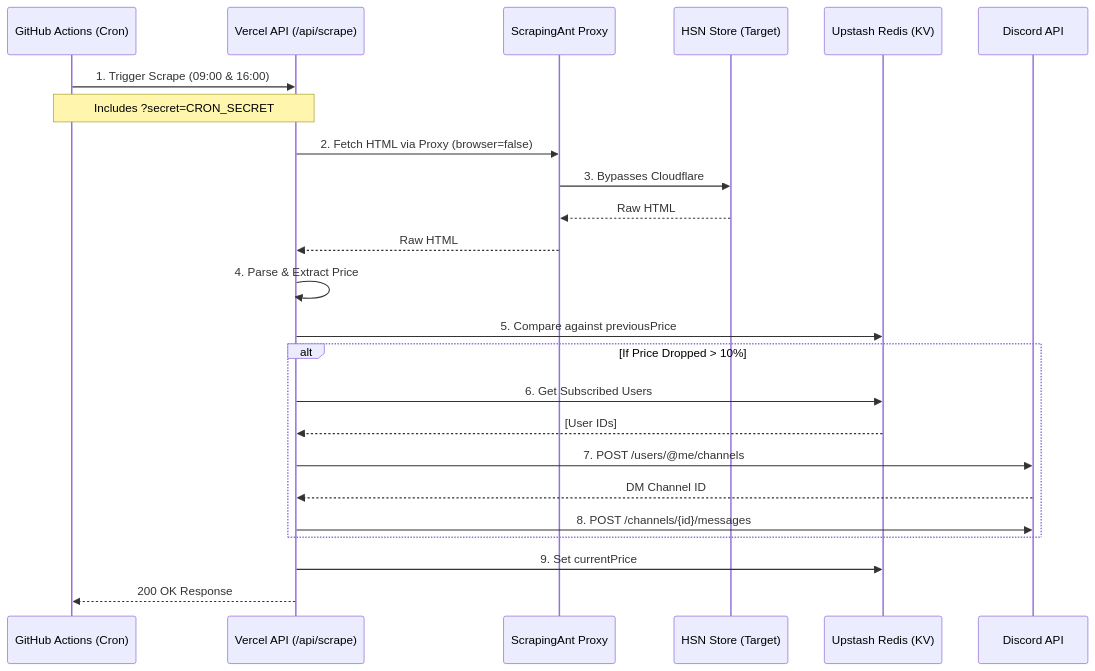
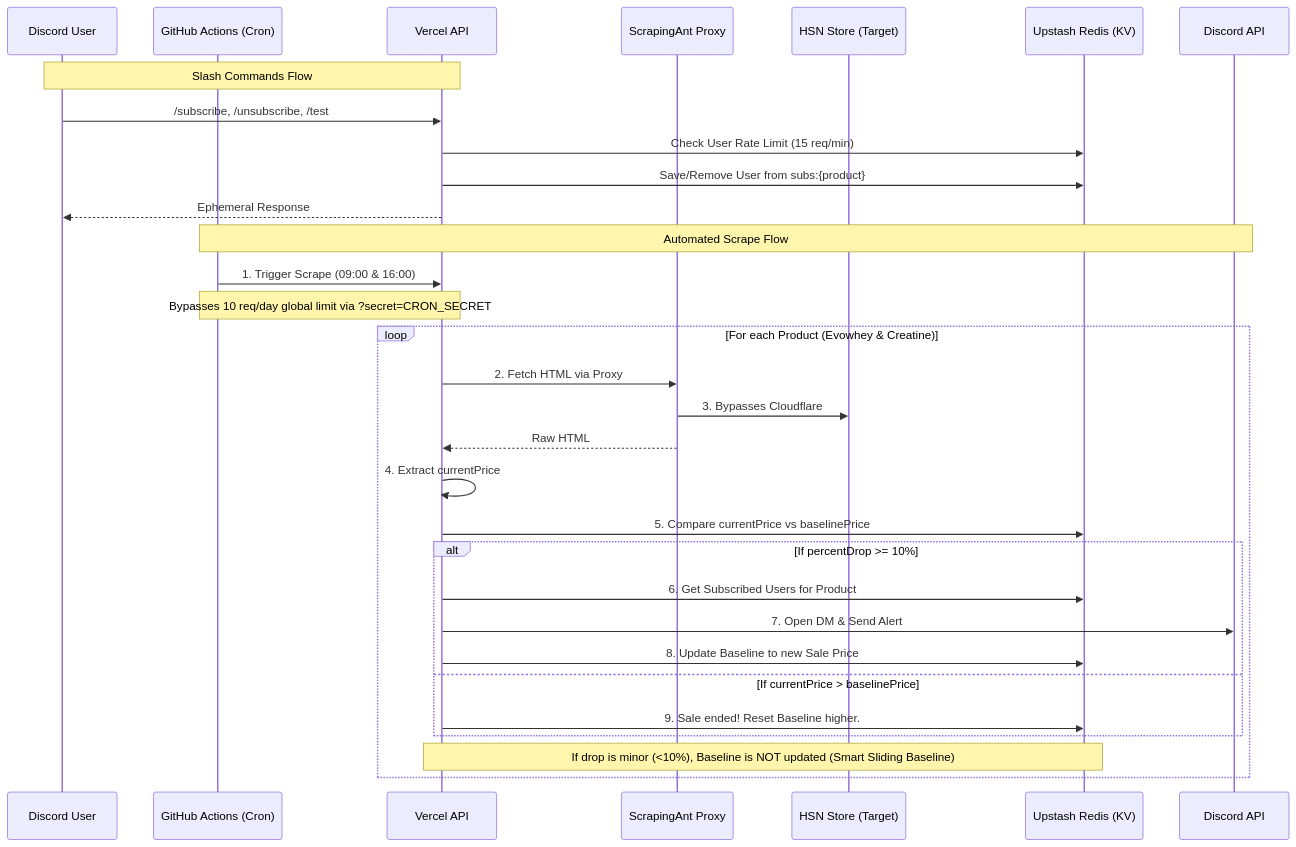
Before and after one commit to JoaoCodificacoes/hsn-scraper: the diagram in README.md, drawn with Mermaid. The commit also changed other lines of this file, not shown here.

Commit message:
docs: Update README with new architecture flow and features

````diff
--- a/README.md
+++ b/README.md
@@ -9,31 +9,38 @@
 ```mermaid
 sequenceDiagram
+    participant User as Discord User
     participant GitHub as GitHub Actions (Cron)
-    participant Vercel as Vercel API (/api/scrape)
+    participant Vercel as Vercel API
     participant Scraper as ScrapingAnt Proxy
     participant HSN as HSN Store (Target)
     participant Redis as Upstash Redis (KV)
     participant Discord as Discord API
 
+    Note over User,Vercel: Slash Commands Flow
+    User->>Vercel: /subscribe, /unsubscribe, /test
+    Vercel->>Redis: Check User Rate Limit (15 req/min)
+    Vercel->>Redis: Save/Remove User from subs:{product}
+    Vercel-->>User: Ephemeral Response
+    
+    Note over GitHub,Discord: Automated Scrape Flow
     GitHub->>Vercel: 1. Trigger Scrape (09:00 & 16:00)
-    Note over GitHub,Vercel: Includes ?secret=CRON_SECRET
-    Vercel->>Scraper: 2. Fetch HTML via Proxy (browser=false)
-    Scraper->>HSN: 3. Bypasses Cloudflare
-    HSN-->>Scraper: Raw HTML
-    Scraper-->>Vercel: Raw HTML
+    Note over GitHub,Vercel: Bypasses 10 req/day global limit via ?secret=CRON_SECRET
     
-    Vercel->>Vercel: 4. Parse & Extract Price
-    
-    Vercel->>Redis: 5. Compare against previousPrice
-    
-    alt If Price Dropped > 10%
-        Vercel->>Redis: 6. Get Subscribed Users
-        Redis-->>Vercel: [User IDs]
-        Vercel->>Discord: 7. POST /users/@me/channels
-        Discord-->>Vercel: DM Channel ID
-        Vercel->>Discord: 8. POST /channels/{id}/messages
+    loop For each Product (Evowhey & Creatine)
+        Vercel->>Scraper: 2. Fetch HTML via Proxy
+        Scraper->>HSN: 3. Bypasses Cloudflare
+        Scraper-->>Vercel: Raw HTML
+        
+        Vercel->>Vercel: 4. Extract currentPrice
+        Vercel->>Redis: 5. Compare currentPrice vs baselinePrice
+        
+        alt If percentDrop >= 10%
+            Vercel->>Redis: 6. Get Subscribed Users for Product
+            Vercel->>Discord: 7. Open DM & Send Alert
+            Vercel->>Redis: 8. Update Baseline to new Sale Price
+        else If currentPrice > baselinePrice
+            Vercel->>Redis: 9. Sale ended! Reset Baseline higher.
+        end
+        Note over Vercel,Redis: If drop is minor (<10%), Baseline is NOT updated (Smart Sliding Baseline)
     end
-    
-    Vercel->>Redis: 9. Set currentPrice
-    Vercel-->>GitHub: 200 OK Response
 ```
````
